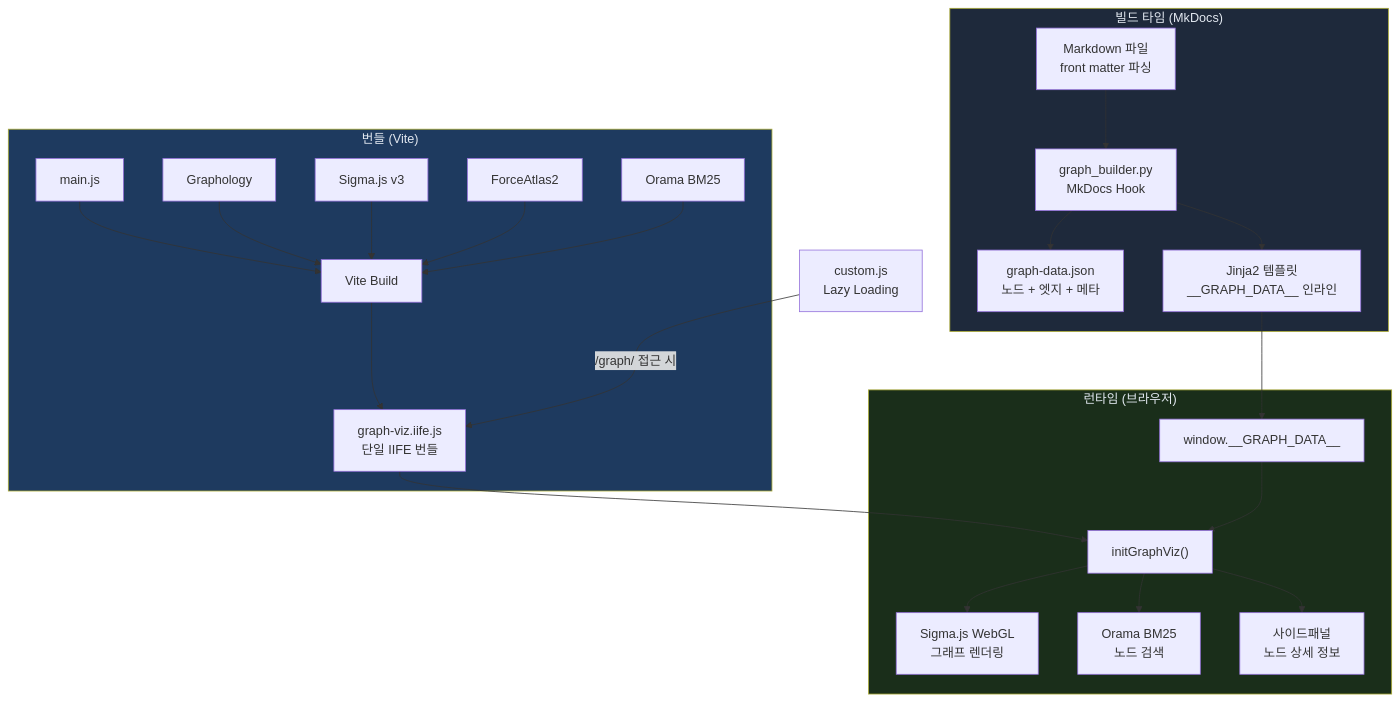
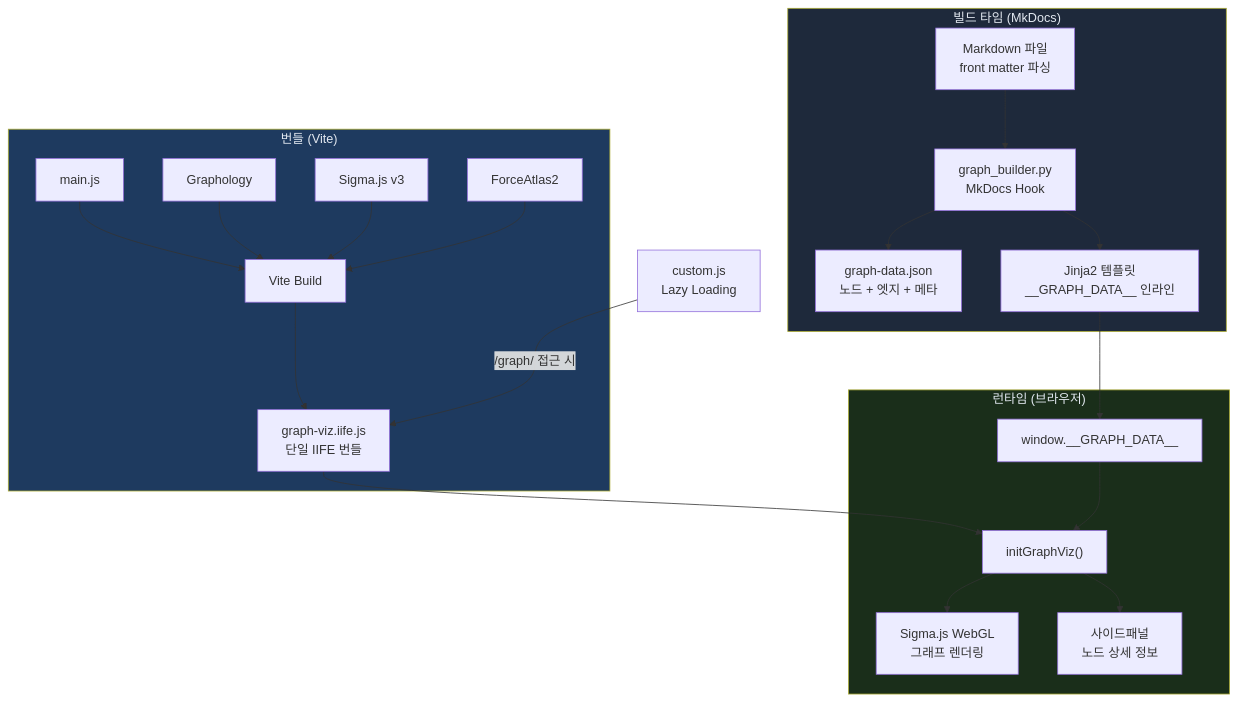
Before and after one commit to SonAIengine/sonblog: the first of 2 diagrams in docs/full-stack/poc/knowledge-graph.md, drawn with Mermaid. The commit also changed other lines of this file and 1 other file, not shown here.

First line of the commit message:
docs: Knowledge Graph 블로그 글 분리 — 시각화/검색 각각 독립 문서로

````diff
--- a/docs/full-stack/poc/knowledge-graph.md
+++ b/docs/full-stack/poc/knowledge-graph.md
@@ -36,32 +35,30 @@
 ```mermaid
 flowchart TB
     subgraph Build["빌드 타임 (MkDocs)"]
         MD["Markdown 파일<br/>front matter 파싱"] --> GB["graph_builder.py<br/>MkDocs Hook"]
         GB --> JSON["graph-data.json<br/>노드 + 엣지 + 메타"]
         GB --> JINJA["Jinja2 템플릿<br/>__GRAPH_DATA__ 인라인"]
     end
 
     subgraph Bundle["번들 (Vite)"]
         SRC["main.js"] --> VITE["Vite Build"]
         GRAPHO["Graphology"] --> VITE
         SIGMA["Sigma.js v3"] --> VITE
         FA2["ForceAtlas2"] --> VITE
-        ORAMA["Orama BM25"] --> VITE
         VITE --> IIFE["graph-viz.iife.js<br/>단일 IIFE 번들"]
     end
 
     subgraph Runtime["런타임 (브라우저)"]
         JINJA --> DATA["window.__GRAPH_DATA__"]
         IIFE --> INIT["initGraphViz()"]
         DATA --> INIT
         INIT --> WEBGL["Sigma.js WebGL<br/>그래프 렌더링"]
-        INIT --> SEARCH["Orama BM25<br/>노드 검색"]
         INIT --> PANEL["사이드패널<br/>노드 상세 정보"]
     end
 
     LAZY["custom.js<br/>Lazy Loading"] -->|"/graph/ 접근 시"| IIFE
 
     style Build fill:#1e293b,color:#e2e8f0
     style Bundle fill:#1e3a5f,color:#e2e8f0
     style Runtime fill:#1a2e1a,color:#e2e8f0
 ```
````
